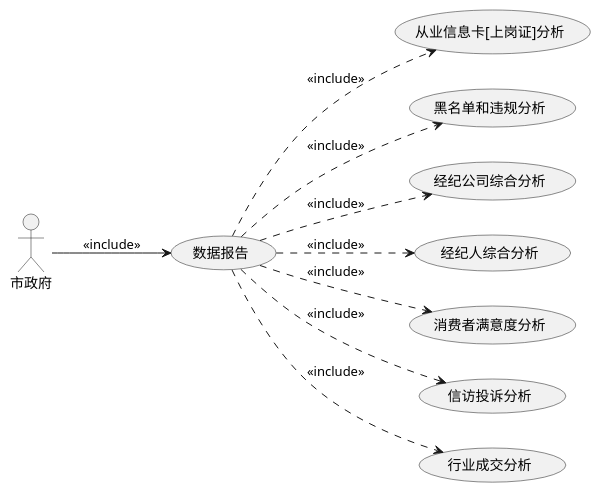
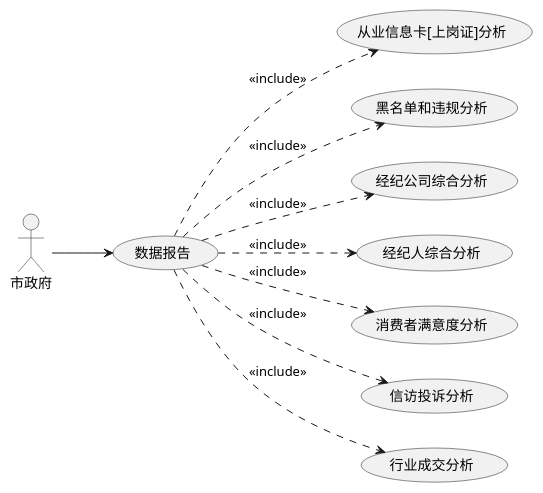
Before and after one commit to evildoerX/hyperledger-credit: the tenth of 14 diagrams in docs/credit/README.md, drawn with PlantUML. The commit also changed other lines of this file, not shown here.

```diff
--- a/docs/credit/README.md
+++ b/docs/credit/README.md
@@ -330,11 +330,11 @@
 @startuml
 left to right direction
-市政府 --> (数据报告): <<include>>
+市政府 --> (数据报告)
 (数据报告) ..> (从业信息卡[上岗证]分析): <<include>>
 (数据报告) ..> (黑名单和违规分析): <<include>>
 (数据报告) ..> (经纪公司综合分析): <<include>>
 (数据报告) ..> (经纪人综合分析): <<include>>
 (数据报告) ..> (消费者满意度分析): <<include>>
 (数据报告) ..> (信访投诉分析): <<include>>
 (数据报告) ..> (行业成交分析): <<include>>
 @enduml
```
